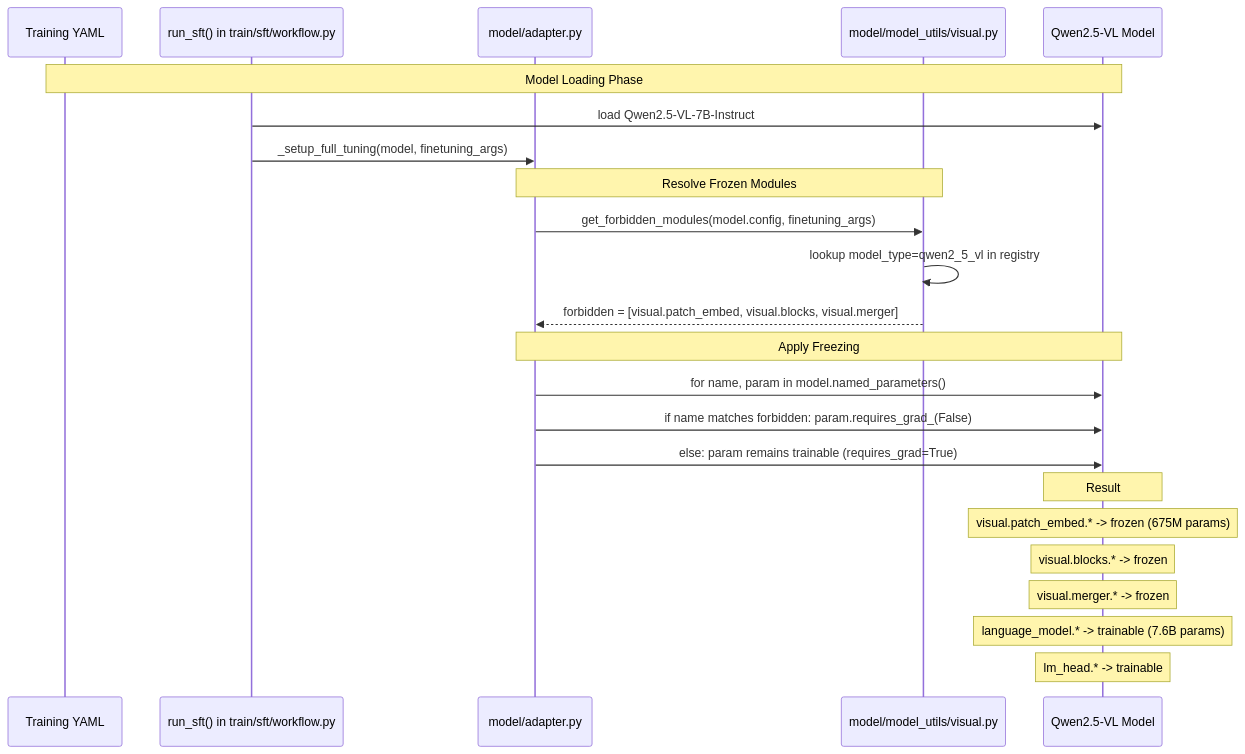
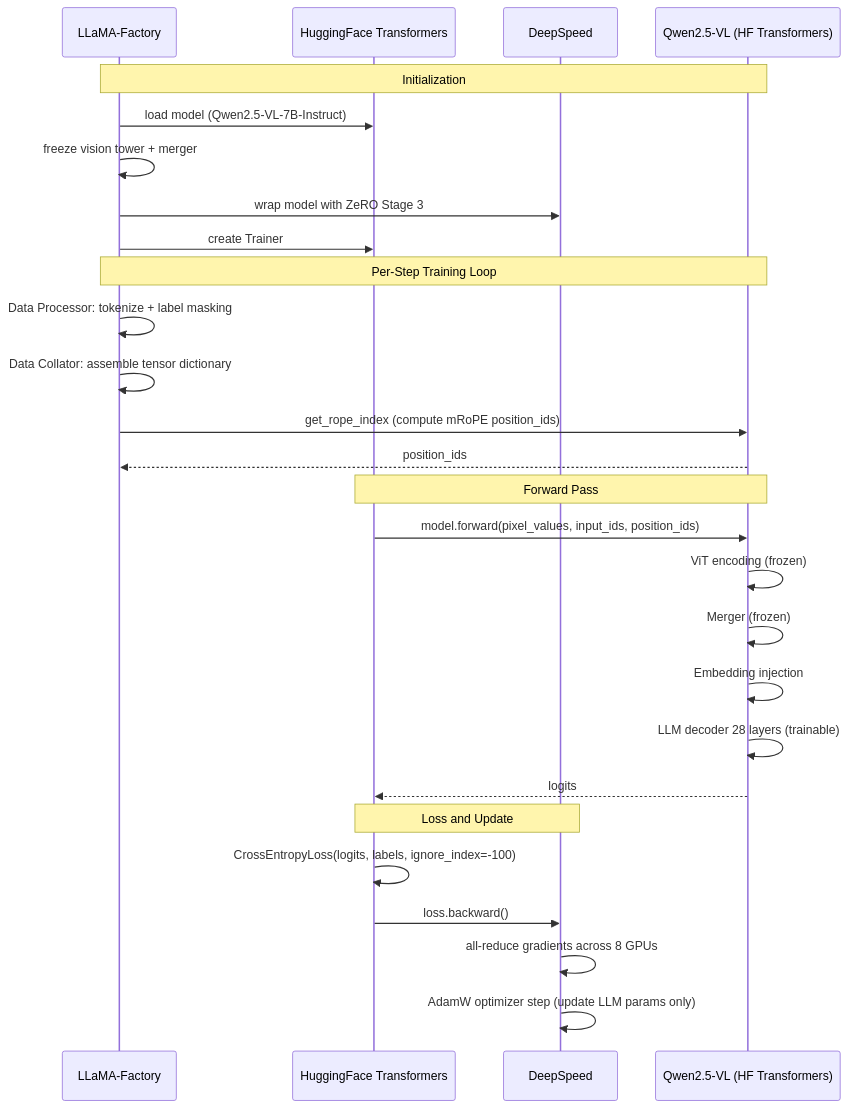
The second of 2 diagrams in _posts/2026-05-23-the-sft-training-loop.md (JoshuaJiangFD/JoshuaJiangFD.github.io), drawn with Mermaid before and after one commit. The commit also changed other lines of this file, not shown here.

First line of the commit message:
Revise Blog 3: restructure sections, add DeepSpeed context, fix math

````diff
--- a/_posts/2026-05-23-the-sft-training-loop.md
+++ b/_posts/2026-05-23-the-sft-training-loop.md
@@ -375,29 +413,33 @@
 ```mermaid
 sequenceDiagram
-    participant YAML as Training YAML
-    participant WF as run_sft() in train/sft/workflow.py
-    participant Adapter as model/adapter.py
-    participant Visual as model/model_utils/visual.py
-    participant Model as Qwen2.5-VL Model
+    participant LF as LLaMA-Factory
+    participant HF as HuggingFace Transformers
+    participant DS as DeepSpeed
+    participant Model as Qwen2.5-VL (HF Transformers)
 
-    Note over YAML,Model: Model Loading Phase
-    WF->>Model: load Qwen2.5-VL-7B-Instruct
-    WF->>Adapter: _setup_full_tuning(model, finetuning_args)
+    Note over LF,Model: Initialization
+    LF->>HF: load model (Qwen2.5-VL-7B-Instruct)
+    LF->>LF: freeze vision tower + merger
+    LF->>DS: wrap model with ZeRO Stage 3
+    LF->>HF: create Trainer
 
-    Note over Adapter,Visual: Resolve Frozen Modules
-    Adapter->>Visual: get_forbidden_modules(model.config, finetuning_args)
-    Visual->>Visual: lookup model_type=qwen2_5_vl in registry
-    Visual-->>Adapter: forbidden = [visual.patch_embed, visual.blocks, visual.merger]
+    Note over LF,Model: Per-Step Training Loop
+    LF->>LF: Data Processor: tokenize + label masking
+    LF->>LF: Data Collator: assemble tensor dictionary
+    LF->>Model: get_rope_index (compute mRoPE position_ids)
+    Model-->>LF: position_ids
 
-    Note over Adapter,Model: Apply Freezing
-    Adapter->>Model: for name, param in model.named_parameters()
-    Adapter->>Model: if name matches forbidden: param.requires_grad_(False)
-    Adapter->>Model: else: param remains trainable (requires_grad=True)
+    Note over HF,Model: Forward Pass
+    HF->>Model: model.forward(pixel_values, input_ids, position_ids)
+    Model->>Model: ViT encoding (frozen)
+    Model->>Model: Merger (frozen)
+    Model->>Model: Embedding injection
+    Model->>Model: LLM decoder 28 layers (trainable)
+    Model-->>HF: logits
 
-    Note over Model: Result
-    Note over Model: visual.patch_embed.* -> frozen (675M params)
-    Note over Model: visual.blocks.* -> frozen
-    Note over Model: visual.merger.* -> frozen
-    Note over Model: language_model.* -> trainable (7.6B params)
-    Note over Model: lm_head.* -> trainable
+    Note over HF,DS: Loss and Update
+    HF->>HF: CrossEntropyLoss(logits, labels, ignore_index=-100)
+    HF->>DS: loss.backward()
+    DS->>DS: all-reduce gradients across 8 GPUs
+    DS->>DS: AdamW optimizer step (update LLM params only)
 ```
````
